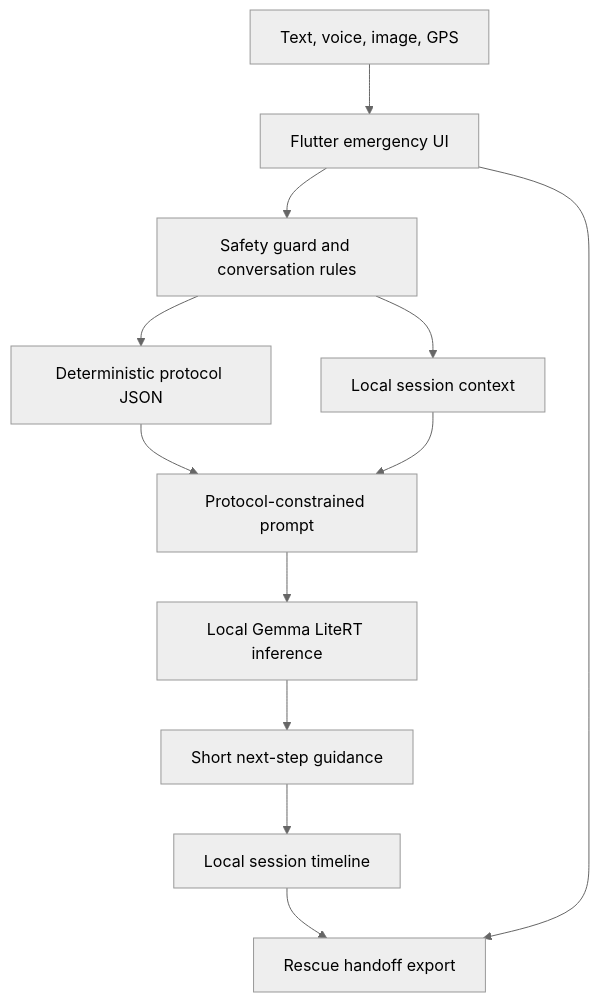
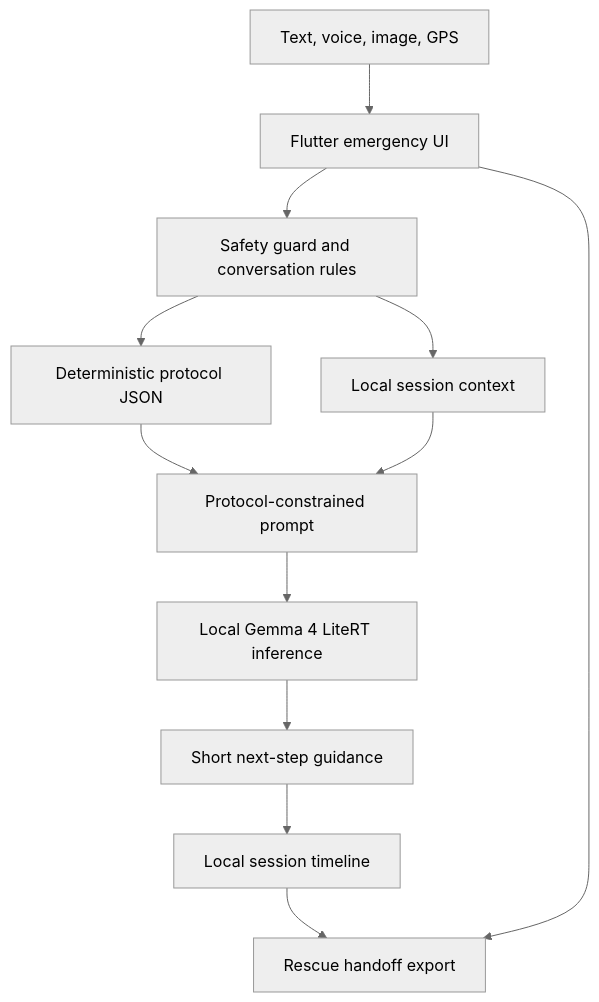
The diagram in README.md (CosminSh/AIDEM), drawn with Mermaid (neutral theme) before and after one commit. The commit also changed other lines of this file and 10 other files, not shown here.

````diff
--- a/README.md
+++ b/README.md
@@ -100,14 +46,14 @@
 ```mermaid
 flowchart TD
     User["Text, voice, image, GPS"] --> Flutter["Flutter emergency UI"]
     Flutter --> Guard["Safety guard and conversation rules"]
     Guard --> Protocol["Deterministic protocol JSON"]
     Guard --> Context["Local session context"]
     Protocol --> Prompt["Protocol-constrained prompt"]
     Context --> Prompt
-    Prompt --> Gemma["Local Gemma LiteRT inference"]
+    Prompt --> Gemma["Local Gemma 4 LiteRT inference"]
     Gemma --> Guidance["Short next-step guidance"]
     Guidance --> Timeline["Local session timeline"]
     Timeline --> Handoff["Rescue handoff export"]
     Flutter --> Handoff
 ```
````
